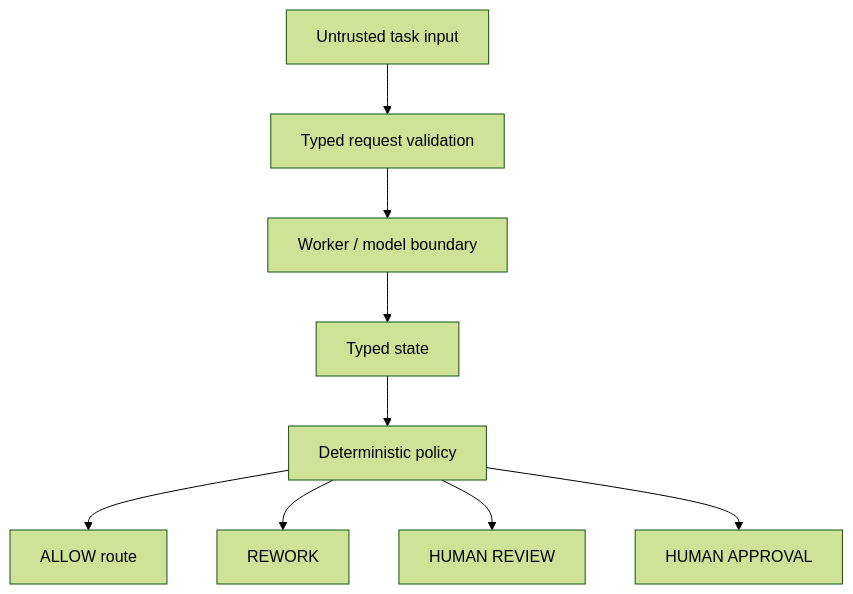
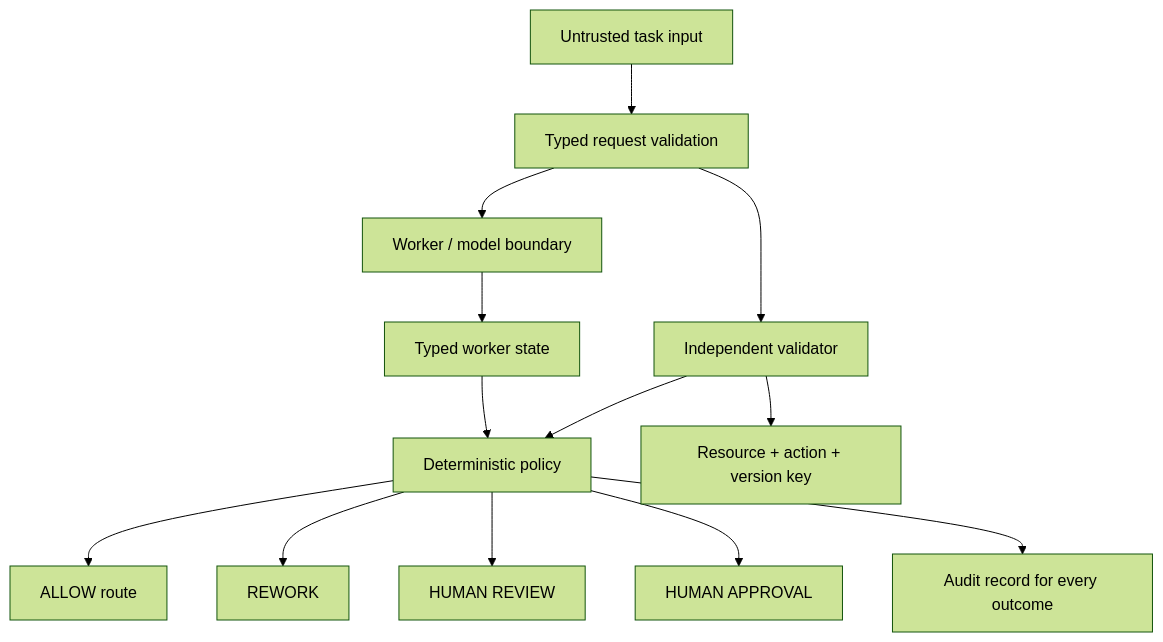
The diagram in docs/architecture.md (Mrdoom07/enterprise-agent-production-starter-lite), drawn with Mermaid (forest theme) before and after one commit. The commit also changed other lines of this file, not shown here.

Commit message:
Update architecture note for v0.2

````diff
--- a/docs/architecture.md
+++ b/docs/architecture.md
@@ -5,11 +7,15 @@
 ```mermaid
 flowchart TD
     U[Untrusted task input] --> V[Typed request validation]
     V --> W[Worker / model boundary]
-    W --> S[Typed state]
-    S --> P[Deterministic policy]
+    V --> X[Independent validator]
+    W --> S[Typed worker state]
+    X --> P[Deterministic policy]
+    S --> P
     P --> A[ALLOW route]
     P --> R[REWORK]
     P --> H[HUMAN REVIEW]
     P --> G[HUMAN APPROVAL]
+    X --> K[Resource + action + version key]
+    P --> L[Audit record for every outcome]
 ```
````
